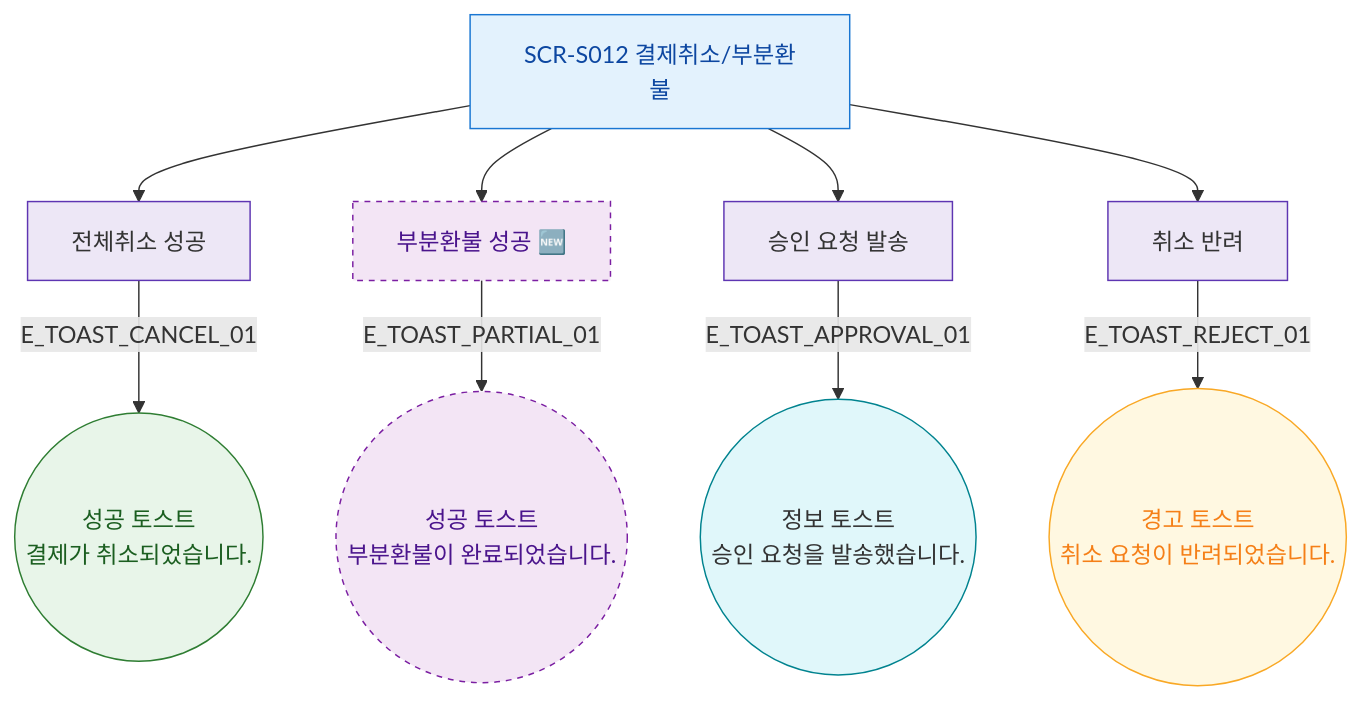
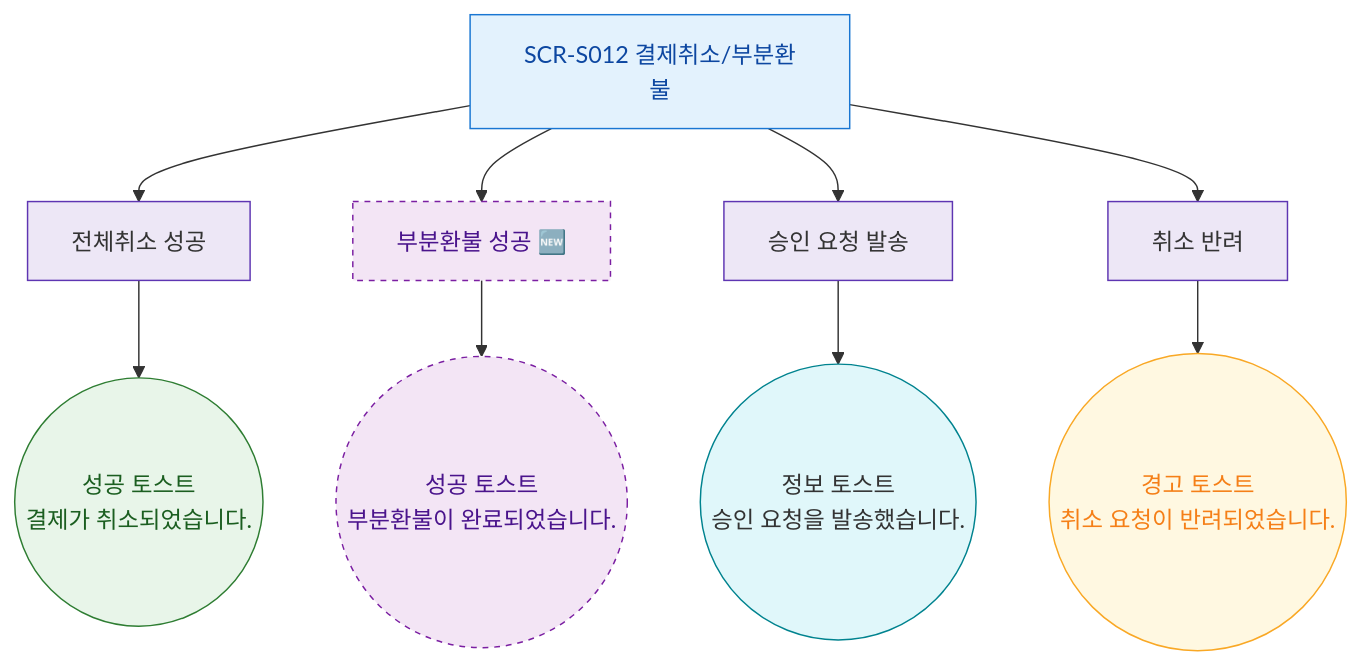
Before and after one commit to dev-spogym/admin-pando: the diagram in docs/다이어그램/D03_매출관리/SCR-S012_결제취소_부분환불/F9_토스트.md, drawn with Mermaid. The commit also changed other lines of this file and 1660 other files, not shown here.

First line of the commit message:
다이어그램: 기획자/클라이언트 납품본으로 정리

````diff
--- a/docs/다이어그램/D03_매출관리/SCR-S012_결제취소_부분환불/F9_토스트.md
+++ b/docs/다이어그램/D03_매출관리/SCR-S012_결제취소_부분환불/F9_토스트.md
@@ -20,28 +18,28 @@
 ```mermaid
 flowchart TD
     S012[SCR-S012 결제취소/부분환불]
 
     S012 --> EVT_CANCEL_OK[전체취소 성공]
     S012 --> EVT_PARTIAL_OK[부분환불 성공 🆕]
     S012 --> EVT_APPROVAL_SENT[승인 요청 발송]
     S012 --> EVT_REJECTED[취소 반려]
 
-    EVT_CANCEL_OK -->|E_TOAST_CANCEL_01| TOAST_S_CANCEL((성공 토스트\n결제가 취소되었습니다.))
-    EVT_PARTIAL_OK -->|E_TOAST_PARTIAL_01| TOAST_S_PARTIAL((성공 토스트\n부분환불이 완료되었습니다.))
-    EVT_APPROVAL_SENT -->|E_TOAST_APPROVAL_01| TOAST_I_APPROVAL((정보 토스트\n승인 요청을 발송했습니다.))
-    EVT_REJECTED -->|E_TOAST_REJECT_01| TOAST_W_REJECT((경고 토스트\n취소 요청이 반려되었습니다.))
+    EVT_CANCEL_OK --> TOAST_S_CANCEL((성공 토스트\n결제가 취소되었습니다.))
+    EVT_PARTIAL_OK --> TOAST_S_PARTIAL((성공 토스트\n부분환불이 완료되었습니다.))
+    EVT_APPROVAL_SENT --> TOAST_I_APPROVAL((정보 토스트\n승인 요청을 발송했습니다.))
+    EVT_REJECTED --> TOAST_W_REJECT((경고 토스트\n취소 요청이 반려되었습니다.))
 
     classDef screen fill:#E3F2FD,stroke:#1976D2,color:#0D47A1
     classDef newFeature fill:#F3E5F5,stroke:#7B1FA2,color:#4A148C,stroke-dasharray:4 4
     classDef success fill:#E8F5E9,stroke:#2E7D32,color:#1B5E20
     classDef info fill:#E0F7FA,stroke:#00838F
     classDef warning fill:#FFF8E1,stroke:#F9A825,color:#F57F17
     classDef system fill:#EDE7F6,stroke:#5E35B2
 
     class S012 screen
     class EVT_PARTIAL_OK,TOAST_S_PARTIAL newFeature
     class TOAST_S_CANCEL success
     class TOAST_I_APPROVAL info
     class TOAST_W_REJECT warning
     class EVT_CANCEL_OK,EVT_APPROVAL_SENT,EVT_REJECTED system
 ```
````
